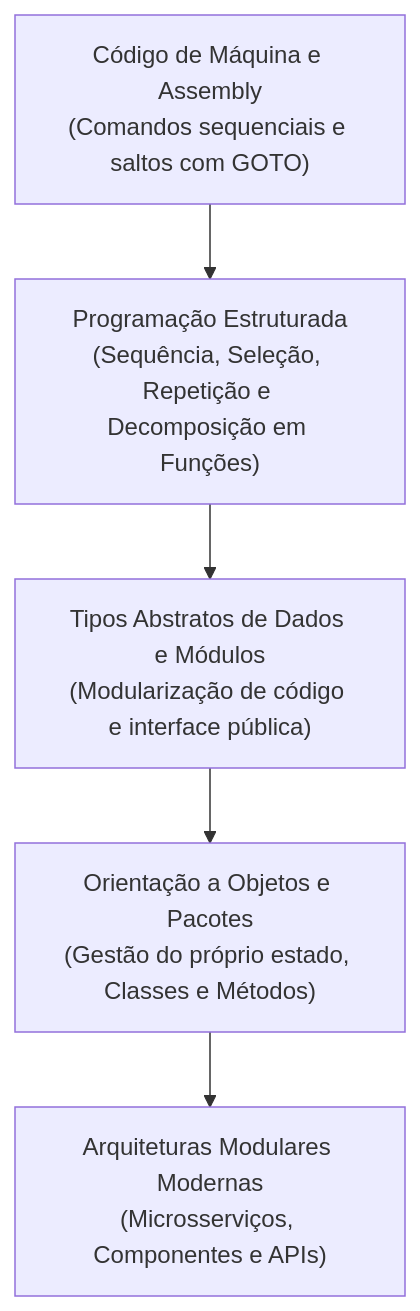
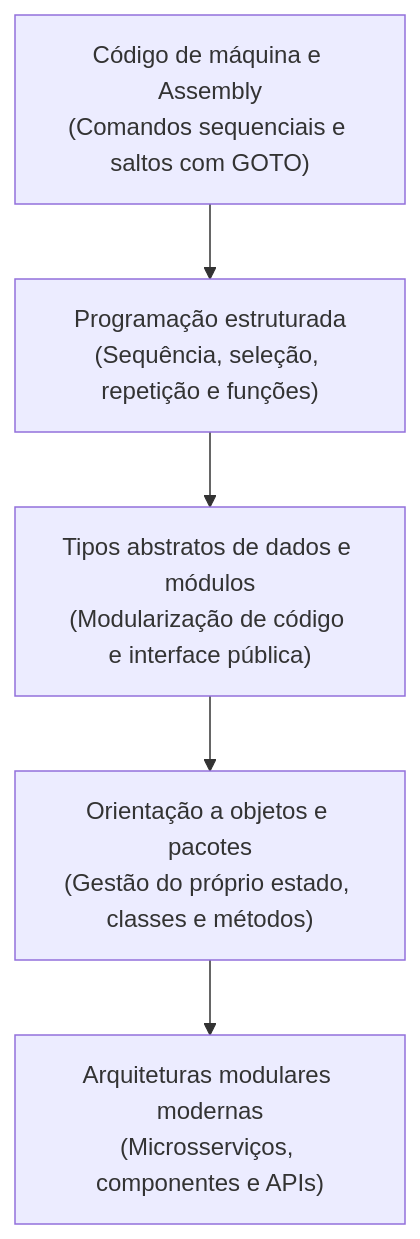
The second of 3 diagrams in 01. Programacao Modular/01. Introdução à programação modular.md (leorruas/puc), drawn with Mermaid before and after one commit. The commit also changed other lines of this file and 28 other files, not shown here.

Commit message:
refactor(mermaid): padroniza todos os 62 blocos legados de graph TD para flowchart TD com curve linear e alinhamento ortogonal reto em todo o vault

````diff
--- a/01. Programacao Modular/01. Introdução à programação modular.md
+++ b/01. Programacao Modular/01. Introdução à programação modular.md
@@ -88,7 +92,13 @@
 ```mermaid
-graph TD
-    A["Código de Máquina e Assembly<br>(Comandos sequenciais e saltos com GOTO)"] --> B["Programação Estruturada<br>(Sequência, Seleção, Repetição e Decomposição em Funções)"]
-    B --> C["Tipos Abstratos de Dados e Módulos<br>(Modularização de código e interface pública)"]
-    C --> D["Orientação a Objetos e Pacotes<br>(Gestão do próprio estado, Classes e Métodos)"]
-    D --> E["Arquiteturas Modulares Modernas<br>(Microsserviços, Componentes e APIs)"]
+flowchart TD
+    A["Código de máquina e Assembly<br>(Comandos sequenciais e saltos com GOTO)"]
+    B["Programação estruturada<br>(Sequência, seleção, repetição e funções)"]
+    C["Tipos abstratos de dados e módulos<br>(Modularização de código e interface pública)"]
+    D["Orientação a objetos e pacotes<br>(Gestão do próprio estado, classes e métodos)"]
+    E["Arquiteturas modulares modernas<br>(Microsserviços, componentes e APIs)"]
+
+    A --> B
+    B --> C
+    C --> D
+    D --> E
 ```
````
